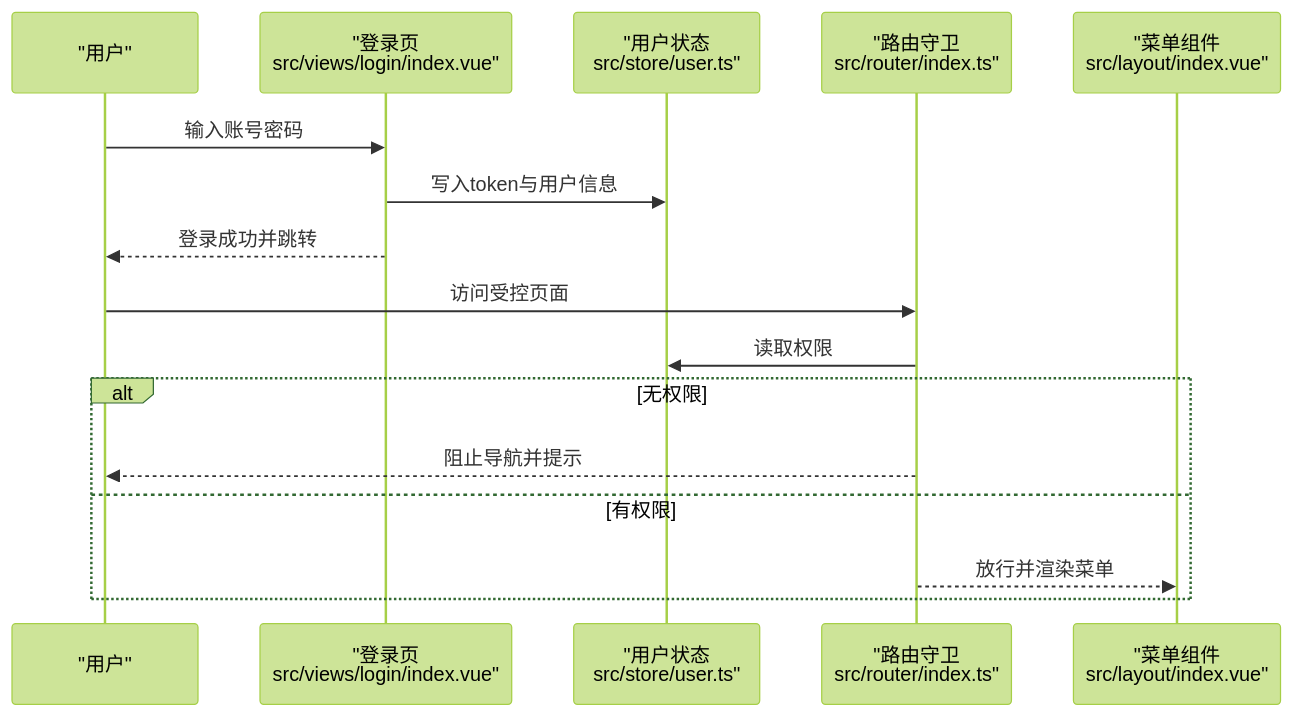
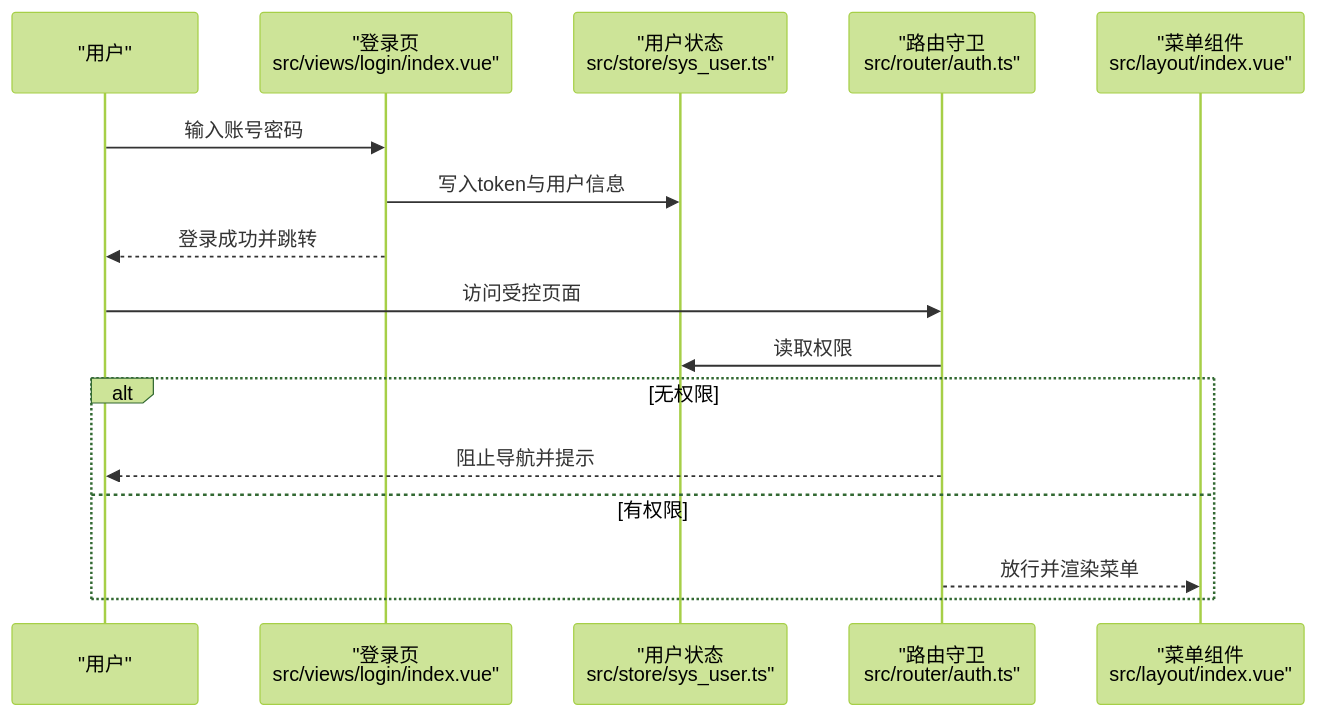
The fourth of 5 diagrams in .qoder/repowiki/zh/content/核心功能模块/路由系统.md (qiseyun/vue-ts-admin), drawn with Mermaid (forest theme) before and after one commit. The commit also changed other lines of this file and 42 other files, not shown here.

````diff
--- a/.qoder/repowiki/zh/content/核心功能模块/路由系统.md
+++ b/.qoder/repowiki/zh/content/核心功能模块/路由系统.md
@@ -169,18 +169,18 @@
 ```mermaid
 sequenceDiagram
 participant U as "用户"
 participant L as "登录页<br/>src/views/login/index.vue"
-participant S as "用户状态<br/>src/store/user.ts"
-participant R as "路由守卫<br/>src/router/index.ts"
+participant S as "用户状态<br/>src/store/sys_user.ts"
+participant R as "路由守卫<br/>src/router/auth.ts"
 participant M as "菜单组件<br/>src/layout/index.vue"
 U->>L : 输入账号密码
 L->>S : 写入token与用户信息
 L-->>U : 登录成功并跳转
 U->>R : 访问受控页面
 R->>S : 读取权限
 alt 无权限
 R-->>U : 阻止导航并提示
 else 有权限
 R-->>M : 放行并渲染菜单
 end
 ```
````
